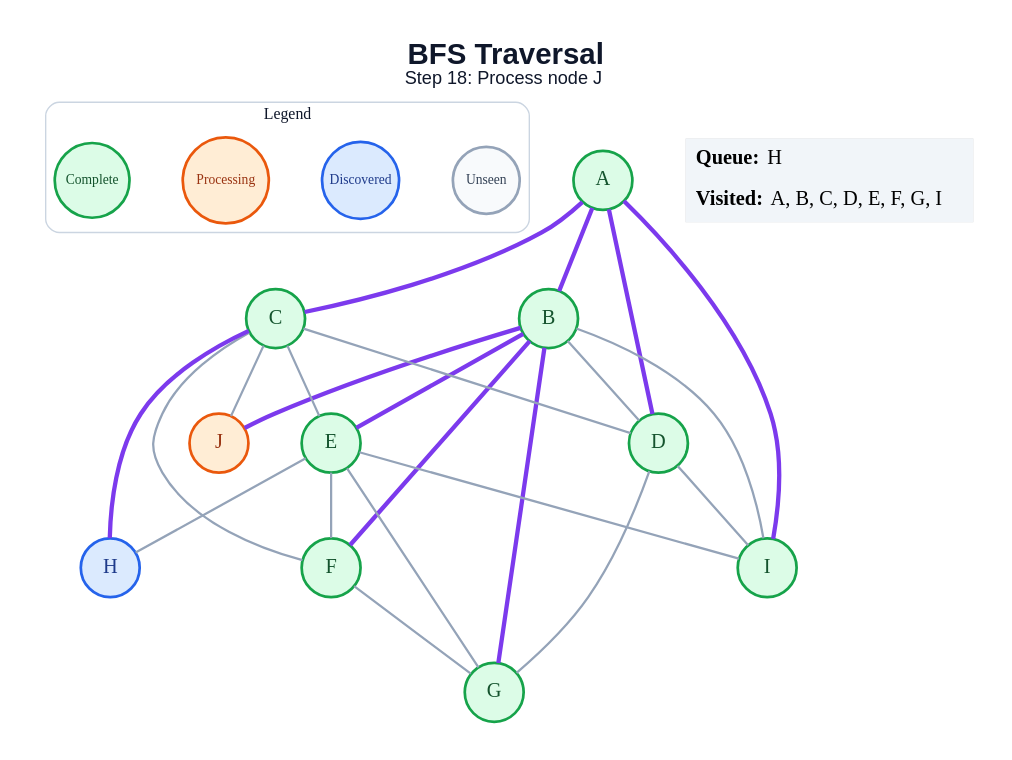
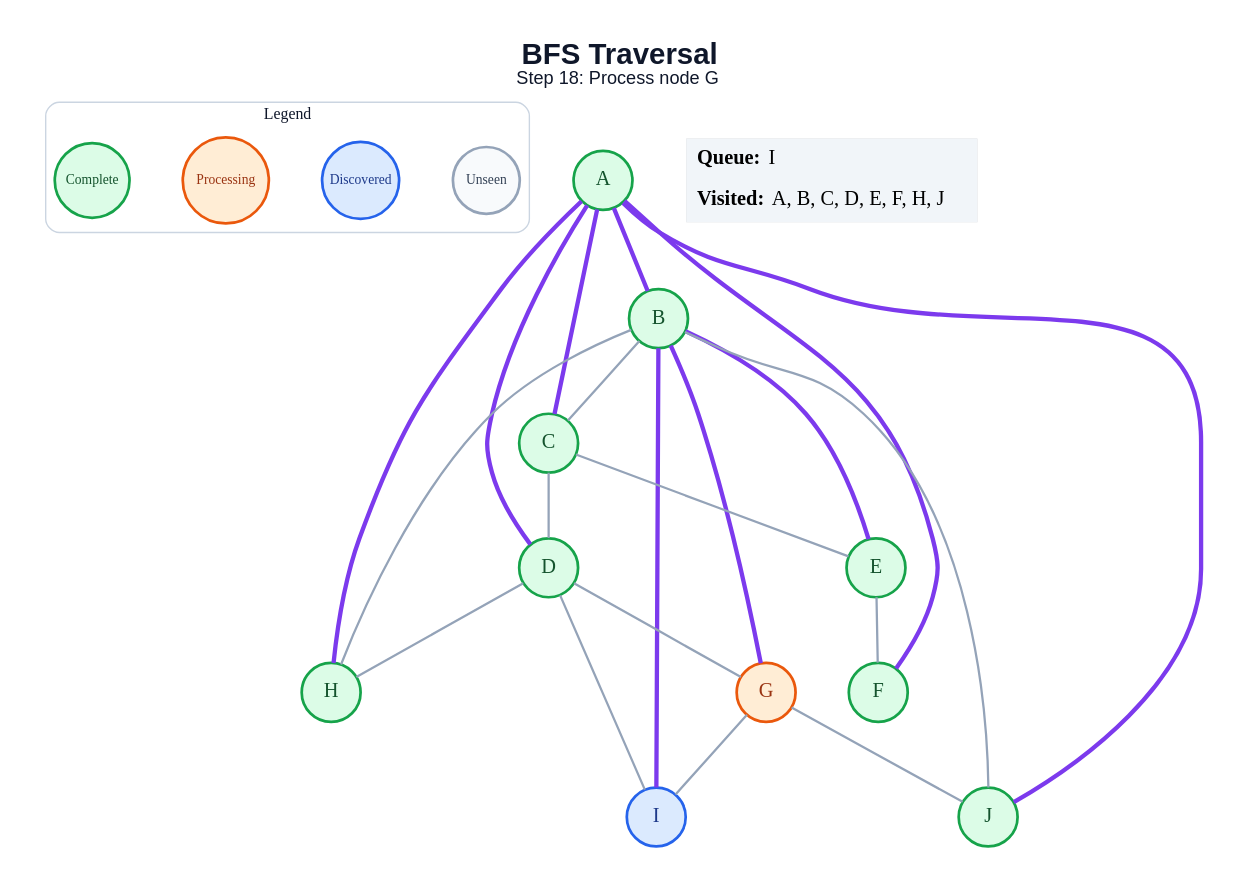
Before and after one commit to amanghodawala9/ai-slop: the diagram in generated/bfs/step_18.dot, drawn with Graphviz. The commit also changed 178 other files, not shown here.

```diff
--- a/generated/bfs/step_18.dot
+++ b/generated/bfs/step_18.dot
@@ -1,51 +1,49 @@
 graph traversal {
   graph [layout=dot, rankdir=TB, bgcolor="#FFFFFF", pad="0.35", nodesep="0.65", ranksep="0.8", fontname="Arial"];
   node [shape=circle, style="filled", fontname="Arial Bold", fontsize=18, width=0.72, fixedsize=true, penwidth=2.4];
   edge [color="#94A3B8", penwidth=2.0];
-  label=<<B>BFS Traversal</B><BR/><FONT POINT-SIZE="16">Step 18: Process node J</FONT>>; labelloc="t"; fontsize=26; fontname="Arial"; fontcolor="#0F172A";
+  label=<<B>BFS Traversal</B><BR/><FONT POINT-SIZE="16">Step 18: Process node G</FONT>>; labelloc="t"; fontsize=26; fontname="Arial"; fontcolor="#0F172A";
   subgraph cluster_legend { label="Legend"; color="#CBD5E1"; penwidth=1.2; style="rounded"; fontsize=14; fontname="Arial Bold";
     key_unseen [label="Unseen", fillcolor="#F8FAFC", color="#94A3B8", fontcolor="#334155", fontsize=12, width=0.82];
     key_frontier [label="Discovered", fillcolor="#DBEAFE", color="#2563EB", fontcolor="#1E3A8A", fontsize=12, width=0.95];
     key_current [label="Processing", fillcolor="#FFEDD5", color="#EA580C", fontcolor="#9A3412", fontsize=12, width=1.05];
     key_done [label="Complete", fillcolor="#DCFCE7", color="#16A34A", fontcolor="#14532D", fontsize=12, width=0.92];
     { rank=same; key_unseen; key_frontier; key_current; key_done; }
   }
   A [fillcolor="#DCFCE7", color="#16A34A", fontcolor="#14532D"];
   B [fillcolor="#DCFCE7", color="#16A34A", fontcolor="#14532D"];
   C [fillcolor="#DCFCE7", color="#16A34A", fontcolor="#14532D"];
   D [fillcolor="#DCFCE7", color="#16A34A", fontcolor="#14532D"];
   E [fillcolor="#DCFCE7", color="#16A34A", fontcolor="#14532D"];
   F [fillcolor="#DCFCE7", color="#16A34A", fontcolor="#14532D"];
-  G [fillcolor="#DCFCE7", color="#16A34A", fontcolor="#14532D"];
-  H [fillcolor="#DBEAFE", color="#2563EB", fontcolor="#1E3A8A"];
-  I [fillcolor="#DCFCE7", color="#16A34A", fontcolor="#14532D"];
-  J [fillcolor="#FFEDD5", color="#EA580C", fontcolor="#9A3412"];
+  G [fillcolor="#FFEDD5", color="#EA580C", fontcolor="#9A3412"];
+  H [fillcolor="#DCFCE7", color="#16A34A", fontcolor="#14532D"];
+  I [fillcolor="#DBEAFE", color="#2563EB", fontcolor="#1E3A8A"];
+  J [fillcolor="#DCFCE7", color="#16A34A", fontcolor="#14532D"];
   A -- B [color="#7C3AED", penwidth=3.8];
   A -- C [color="#7C3AED", penwidth=3.8];
   A -- D [color="#7C3AED", penwidth=3.8];
-  A -- I [color="#7C3AED", penwidth=3.8];
-  B -- D;
+  A -- F [color="#7C3AED", penwidth=3.8];
+  A -- H [color="#7C3AED", penwidth=3.8];
+  A -- J [color="#7C3AED", penwidth=3.8];
+  B -- C;
   B -- E [color="#7C3AED", penwidth=3.8];
-  B -- F [color="#7C3AED", penwidth=3.8];
   B -- G [color="#7C3AED", penwidth=3.8];
-  B -- I;
-  B -- J [color="#7C3AED", penwidth=3.8];
+  B -- H;
+  B -- I [color="#7C3AED", penwidth=3.8];
+  B -- J;
   C -- D;
   C -- E;
-  C -- F;
-  C -- H [color="#7C3AED", penwidth=3.8];
-  C -- J;
   D -- G;
+  D -- H;
   D -- I;
   E -- F;
-  E -- G;
-  E -- H;
-  E -- I;
-  F -- G;
+  G -- I;
+  G -- J;
   status [shape=plain, fixedsize=false, width=0, height=0, margin=0, label=<
     <TABLE BORDER="0" CELLBORDER="0" CELLPADDING="7" BGCOLOR="#F1F5F9">
-      <TR><TD ALIGN="LEFT"><B>Queue:</B> H</TD></TR>
-      <TR><TD ALIGN="LEFT"><B>Visited:</B> A, B, C, D, E, F, G, I</TD></TR>
+      <TR><TD ALIGN="LEFT"><B>Queue:</B> I</TD></TR>
+      <TR><TD ALIGN="LEFT"><B>Visited:</B> A, B, C, D, E, F, H, J</TD></TR>
     </TABLE>
   >];
 }
```
